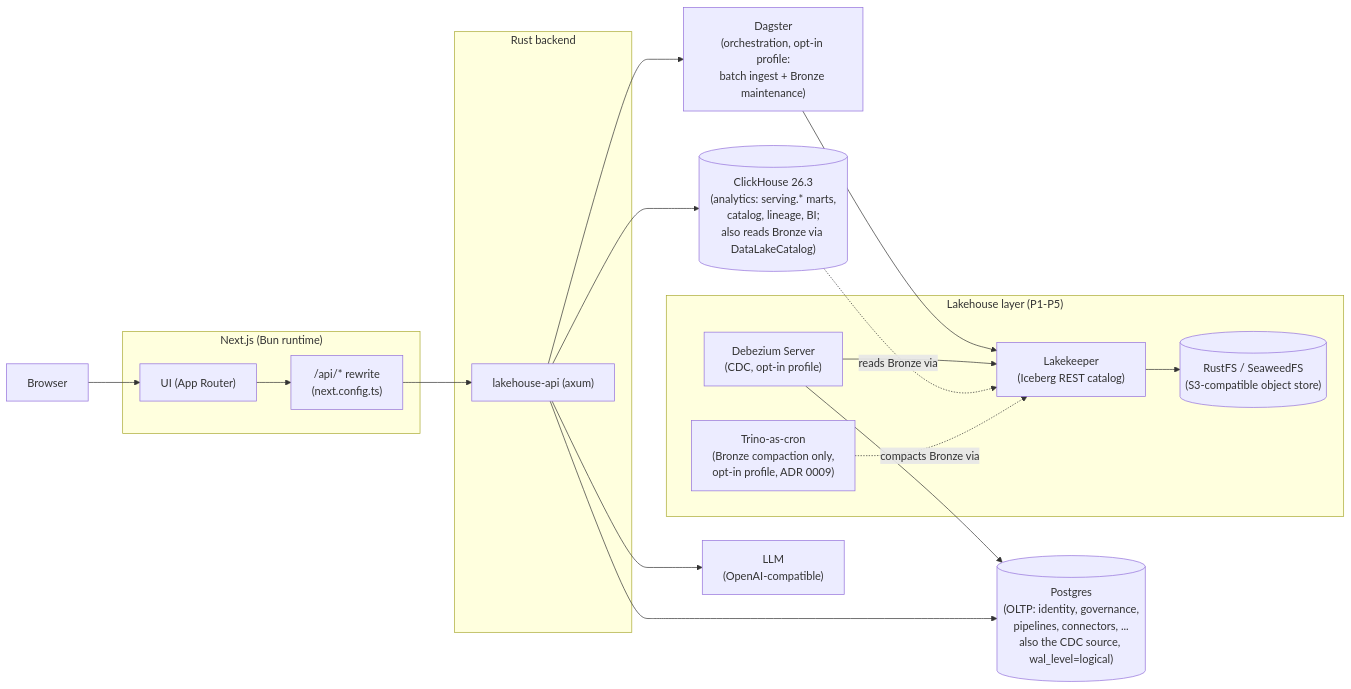
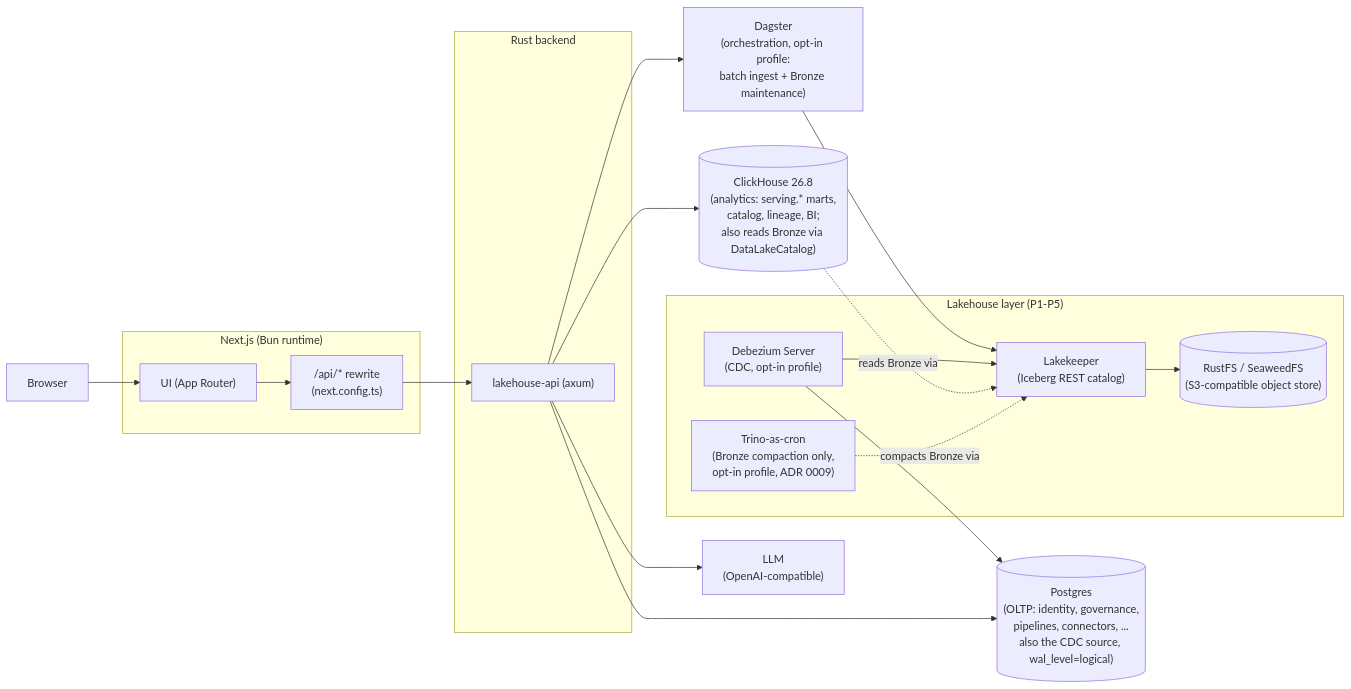
Before and after one commit to RantAI-dev/RantAI-Lakehouse: the diagram in README.md, drawn with Mermaid. The commit also changed other lines of this file and 1 other file, not shown here.

First line of the commit message:
feat(compose): pin ClickHouse 26.8 LTS and true up the docs that name a version

````diff
--- a/README.md
+++ b/README.md
@@ -29,39 +29,39 @@
 ```mermaid
 flowchart LR
     Browser["Browser"]
 
     subgraph Frontend["Next.js (Bun runtime)"]
         UI["UI (App Router)"]
         Rewrite["/api/* rewrite\n(next.config.ts)"]
     end
 
     subgraph Backend["Rust backend"]
         API["lakehouse-api (axum)"]
     end
 
     Postgres[("Postgres\n(OLTP: identity, governance,\npipelines, connectors, ...\nalso the CDC source, wal_level=logical)")]
-    ClickHouse[("ClickHouse 26.3\n(analytics: serving.* marts,\ncatalog, lineage, BI;\nalso reads Bronze via DataLakeCatalog)")]
+    ClickHouse[("ClickHouse 26.8\n(analytics: serving.* marts,\ncatalog, lineage, BI;\nalso reads Bronze via DataLakeCatalog)")]
     Dagster["Dagster\n(orchestration, opt-in profile:\nbatch ingest + Bronze maintenance)"]
     LLM["LLM\n(OpenAI-compatible)"]
 
     subgraph Lakehouse["Lakehouse layer (P1-P5)"]
         Lakekeeper["Lakekeeper\n(Iceberg REST catalog)"]
         RustFS[("RustFS / SeaweedFS\n(S3-compatible object store)")]
         Debezium["Debezium Server\n(CDC, opt-in profile)"]
         Trino["Trino-as-cron\n(Bronze compaction only,\nopt-in profile, ADR 0009)"]
     end
 
     Browser --> UI
     UI --> Rewrite
     Rewrite --> API
     API --> Postgres
     API --> ClickHouse
     API --> Dagster
     API --> LLM
     Dagster --> Lakekeeper
     Debezium --> Lakekeeper
     Debezium --> Postgres
     Lakekeeper --> RustFS
     ClickHouse -. reads Bronze via .-> Lakekeeper
     Trino -. compacts Bronze via .-> Lakekeeper
 ```
````
